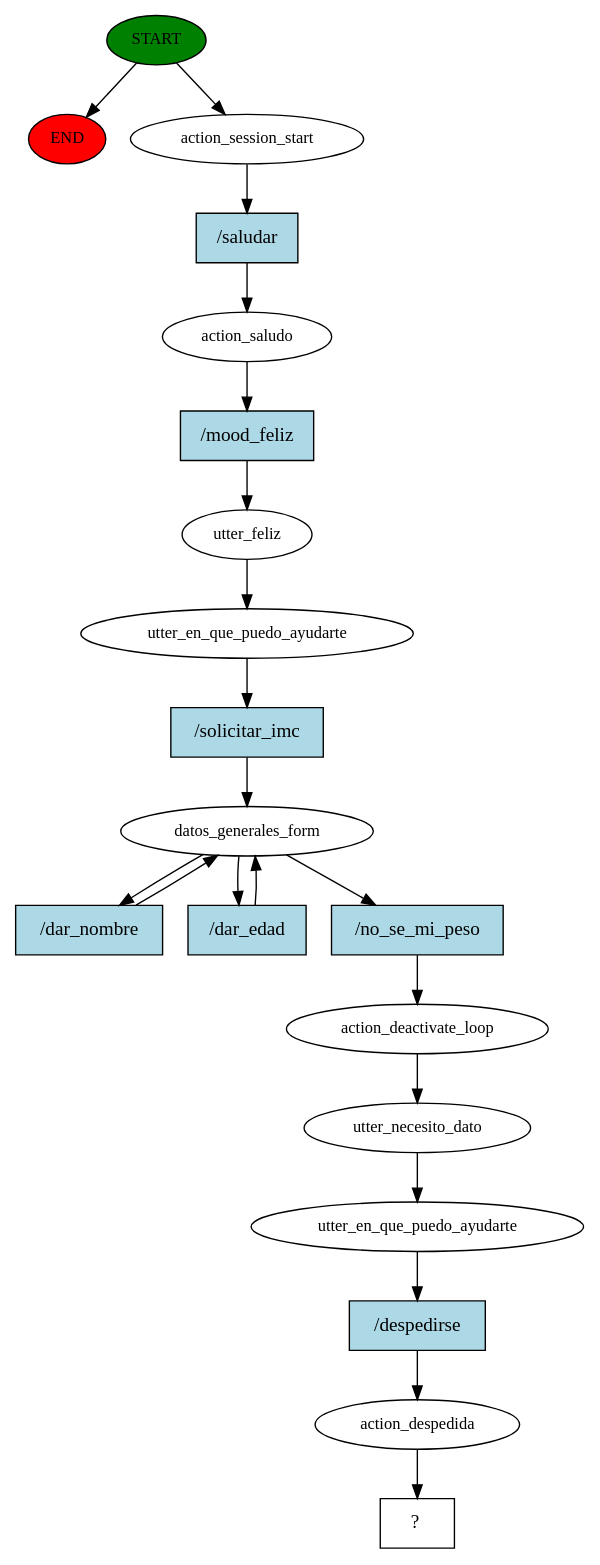
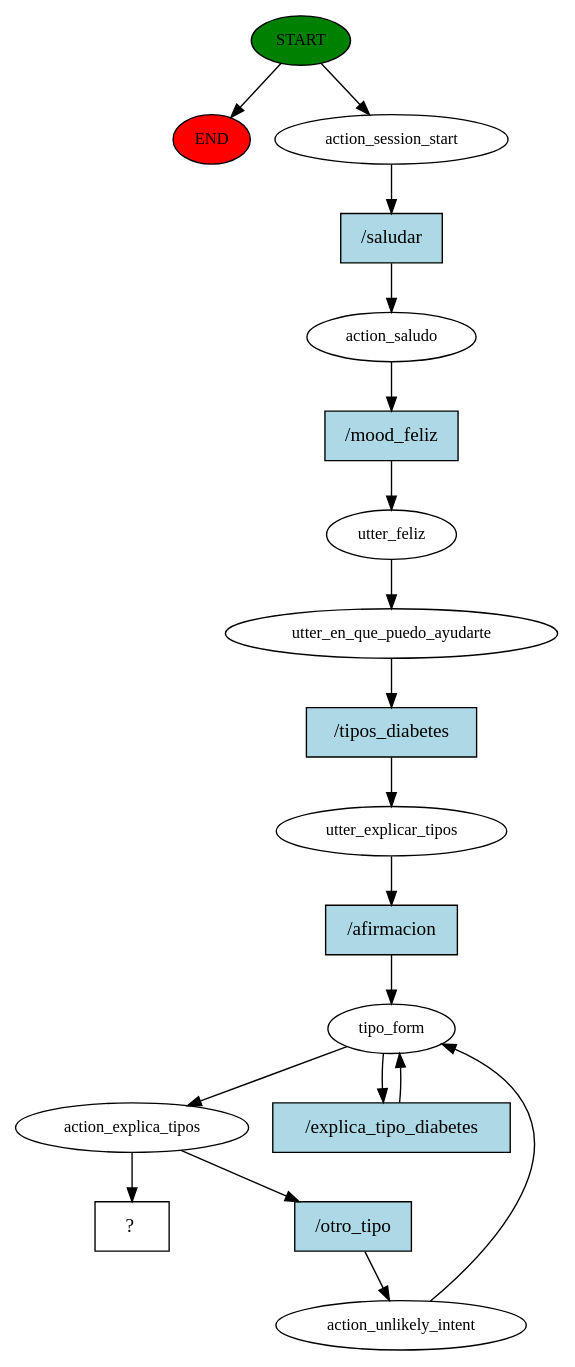
One commit to GuillermoMejia22/ProyectoFinal changed the diagram in story_graph.dot. Above: the diagram before and after it, drawn with Graphviz. The commit also changed 1402 other files, not shown here.

```diff
--- a/story_graph.dot
+++ b/story_graph.dot
@@ -1,41 +1,37 @@
 digraph  {
 0 [class="start active", fillcolor=green, fontsize=12, label=START, style=filled];
 "-1" [class=end, fillcolor=red, fontsize=12, label=END, style=filled];
 1 [class=active, fontsize=12, label=action_session_start];
 2 [class=active, fontsize=12, label=action_saludo];
 3 [class=active, fontsize=12, label=utter_feliz];
 4 [class=active, fontsize=12, label=utter_en_que_puedo_ayudarte];
-5 [class=active, fontsize=12, label=datos_generales_form];
-8 [class=active, fontsize=12, label=action_deactivate_loop];
-9 [class=active, fontsize=12, label=utter_necesito_dato];
-10 [class=active, fontsize=12, label=utter_en_que_puedo_ayudarte];
-11 [class=active, fontsize=12, label=action_despedida];
-12 [class="intent dashed active", label="  ?  ", shape=rect];
-13 [class="intent active", fillcolor=lightblue, label="/saludar", shape=rect, style=filled];
-14 [class="intent active", fillcolor=lightblue, label="/mood_feliz", shape=rect, style=filled];
-15 [class="intent active", fillcolor=lightblue, label="/solicitar_imc", shape=rect, style=filled];
-16 [class="intent active", fillcolor=lightblue, label="/dar_nombre", shape=rect, style=filled];
-17 [class="intent active", fillcolor=lightblue, label="/dar_edad", shape=rect, style=filled];
-18 [class="intent active", fillcolor=lightblue, label="/no_se_mi_peso", shape=rect, style=filled];
-19 [class="intent active", fillcolor=lightblue, label="/despedirse", shape=rect, style=filled];
+5 [class=active, fontsize=12, label=utter_explicar_tipos];
+6 [class=active, fontsize=12, label=tipo_form];
+8 [class=active, fontsize=12, label=action_explica_tipos];
+9 [class=active, fontsize=12, label=action_unlikely_intent];
+17 [class="intent dashed active", label="  ?  ", shape=rect];
+18 [class="intent active", fillcolor=lightblue, label="/saludar", shape=rect, style=filled];
+19 [class="intent active", fillcolor=lightblue, label="/mood_feliz", shape=rect, style=filled];
+20 [class="intent active", fillcolor=lightblue, label="/tipos_diabetes", shape=rect, style=filled];
+21 [class="intent active", fillcolor=lightblue, label="/afirmacion", shape=rect, style=filled];
+22 [class="intent active", fillcolor=lightblue, label="/explica_tipo_diabetes", shape=rect, style=filled];
+23 [class="intent active", fillcolor=lightblue, label="/otro_tipo", shape=rect, style=filled];
 0 -> "-1"  [class="", key=NONE, label=""];
 0 -> 1  [class=active, key=NONE, label=""];
-1 -> 13  [class=active, key=0];
-2 -> 14  [class=active, key=0];
+1 -> 18  [class=active, key=0];
+2 -> 19  [class=active, key=0];
 3 -> 4  [class=active, key=NONE, label=""];
-4 -> 15  [class=active, key=0];
-5 -> 16  [class=active, key=0];
-5 -> 17  [class=active, key=0];
-5 -> 18  [class=active, key=0];
-8 -> 9  [class=active, key=NONE, label=""];
-9 -> 10  [class=active, key=NONE, label=""];
-10 -> 19  [class=active, key=0];
-11 -> 12  [class=active, key=NONE, label=""];
-13 -> 2  [class=active, key=0];
-14 -> 3  [class=active, key=0];
-15 -> 5  [class=active, key=0];
-16 -> 5  [class=active, key=0];
-17 -> 5  [class=active, key=0];
-18 -> 8  [class=active, key=0];
-19 -> 11  [class=active, key=0];
+4 -> 20  [class=active, key=0];
+5 -> 21  [class=active, key=0];
+6 -> 8  [class=active, key=NONE, label=""];
+6 -> 22  [class=active, key=0];
+8 -> 17  [class=active, key=NONE, label=""];
+8 -> 23  [class=active, key=0];
+9 -> 6  [class=active, key=NONE, label=""];
+18 -> 2  [class=active, key=0];
+19 -> 3  [class=active, key=0];
+20 -> 5  [class=active, key=0];
+21 -> 6  [class=active, key=0];
+22 -> 6  [class=active, key=0];
+23 -> 9  [class=active, key=0];
 }
```
